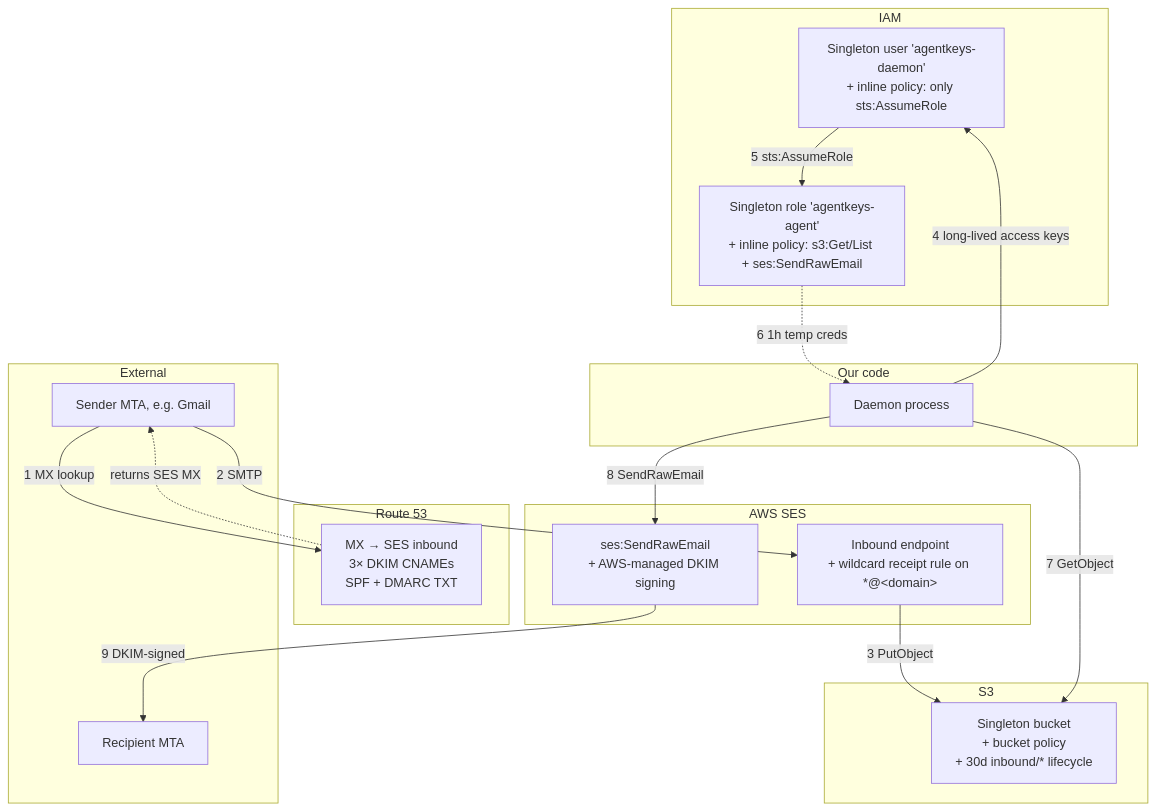
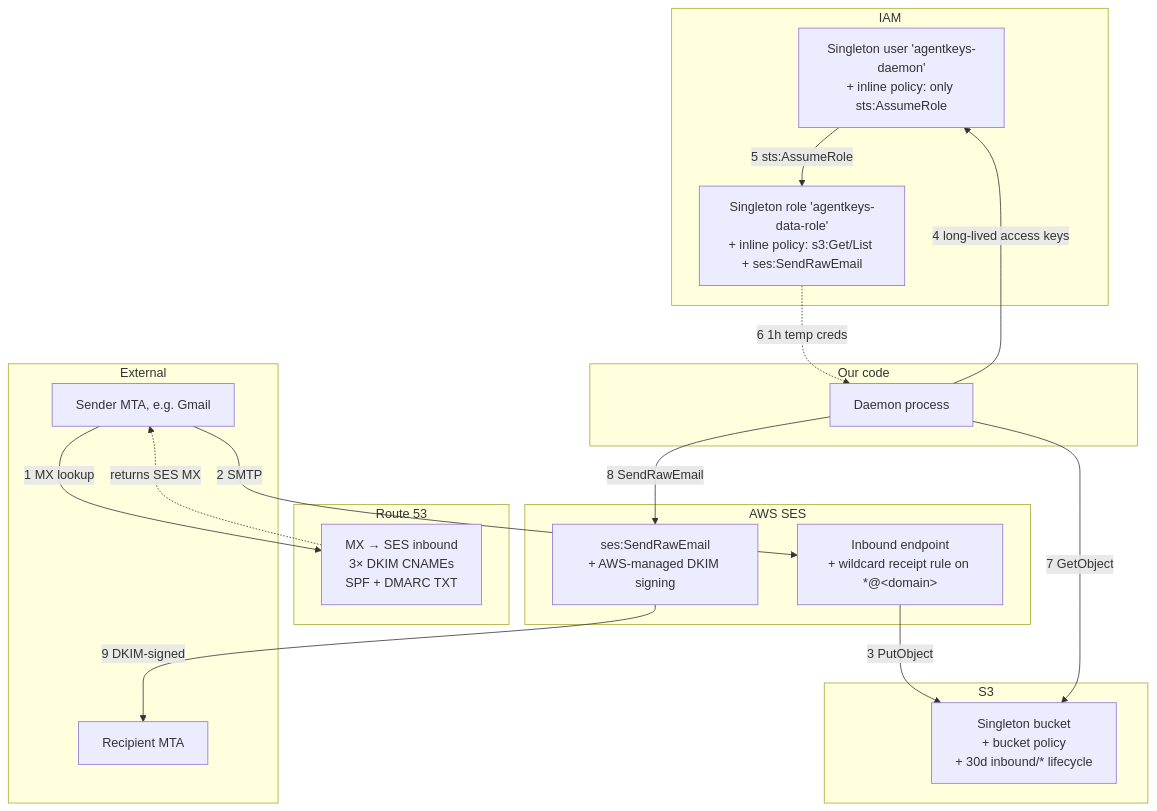
Before and after one commit to joker4002/agentKeys: the diagram in wiki/email-system.md, drawn with Mermaid. The commit also changed other lines of this file and 13 other files, not shown here.

````diff
--- a/wiki/email-system.md
+++ b/wiki/email-system.md
@@ -169,34 +169,34 @@
 ```mermaid
 graph TB
     subgraph EXT[" External "]
         Sender[Sender MTA, e.g. Gmail]
         Recip[Recipient MTA]
     end
     subgraph DNS[" Route 53 "]
         Records["MX → SES inbound<br/>3× DKIM CNAMEs<br/>SPF + DMARC TXT"]
     end
     subgraph SES[" AWS SES "]
         Inbound["Inbound endpoint<br/>+ wildcard receipt rule on *@&lt;domain&gt;"]
         Outbound["ses:SendRawEmail<br/>+ AWS-managed DKIM signing"]
     end
     subgraph S3[" S3 "]
         Bucket["Singleton bucket<br/>+ bucket policy<br/>+ 30d inbound/* lifecycle"]
     end
     subgraph IAM[" IAM "]
         User["Singleton user 'agentkeys-daemon'<br/>+ inline policy: only sts:AssumeRole"]
-        Role["Singleton role 'agentkeys-agent'<br/>+ inline policy: s3:Get/List + ses:SendRawEmail"]
+        Role["Singleton role 'agentkeys-data-role'<br/>+ inline policy: s3:Get/List + ses:SendRawEmail"]
     end
     subgraph APP[" Our code "]
         Daemon[Daemon process]
     end
     Sender -->|1 MX lookup| Records
     Records -.->|returns SES MX| Sender
     Sender -->|2 SMTP| Inbound
     Inbound -->|3 PutObject| Bucket
     Daemon -->|4 long-lived access keys| User
     User -->|5 sts:AssumeRole| Role
     Role -.->|6 1h temp creds| Daemon
     Daemon -->|7 GetObject| Bucket
     Daemon -->|8 SendRawEmail| Outbound
     Outbound -->|9 DKIM-signed| Recip
 ```
````
